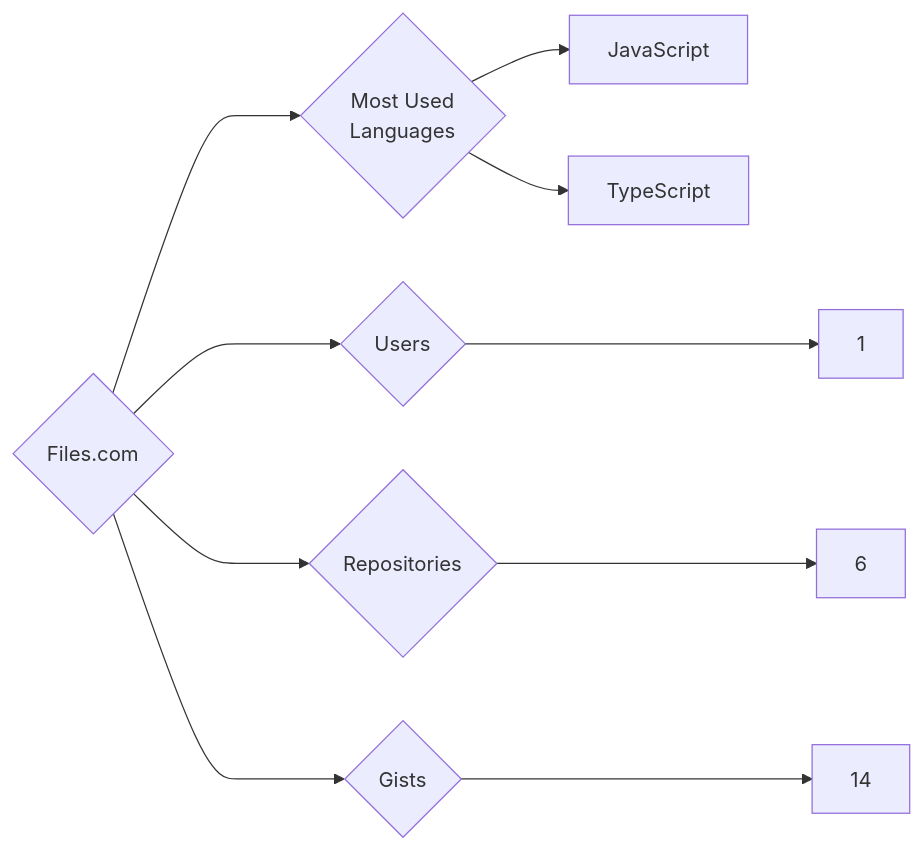
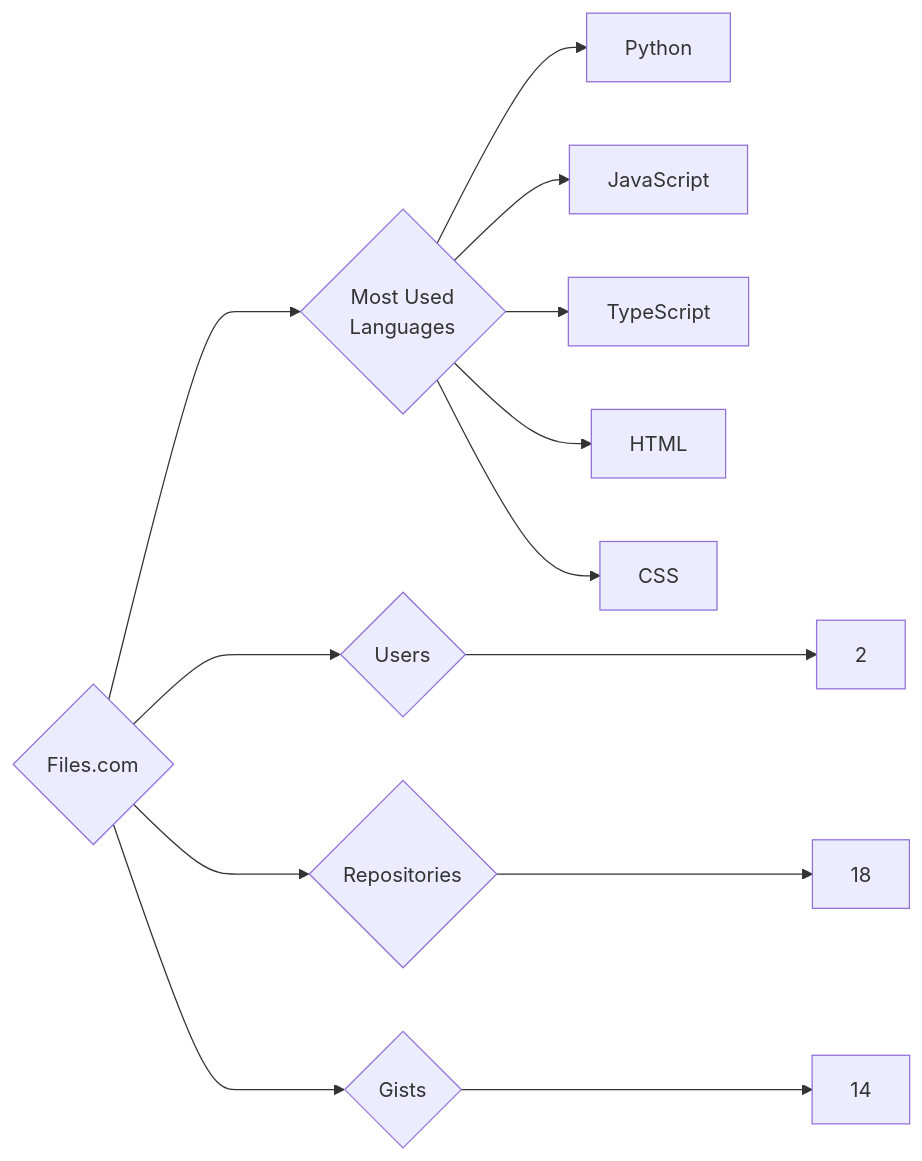
Before and after one commit to trickest/insiders: the diagram in targets/Files.com/README.md, drawn with Mermaid. The commit also changed 772 other files, not shown here.

````diff
--- a/targets/Files.com/README.md
+++ b/targets/Files.com/README.md
@@ -3,10 +3,13 @@
 ```mermaid
 graph LR
 COMPANY_NAME{Files.com}
-COMPANY_NAME ---> U{Users} ---> UN[1]
-COMPANY_NAME ---> R{Repositories} ---> RN[6]
+COMPANY_NAME ---> U{Users} ---> UN[2]
+COMPANY_NAME ---> R{Repositories} ---> RN[18]
 COMPANY_NAME ---> G{Gists} ---> GN[14]
 COMPANY_NAME ---> ML{Most Used<br>Languages}
+ML --> Python[Python]
 ML --> JavaScript[JavaScript]
 ML --> TypeScript[TypeScript]
+ML --> HTML[HTML]
+ML --> CSS[CSS]
 ```
````
